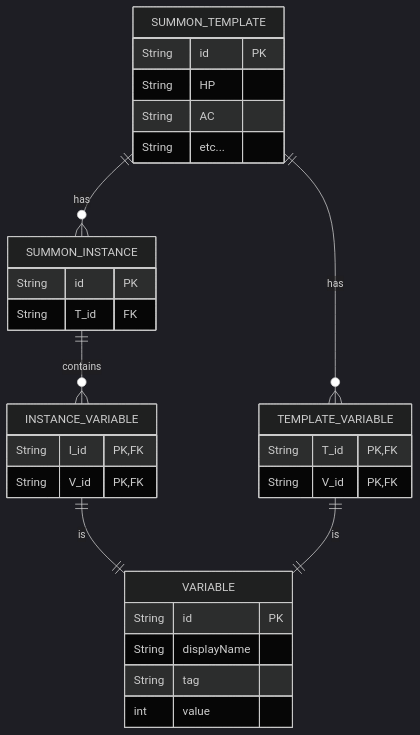
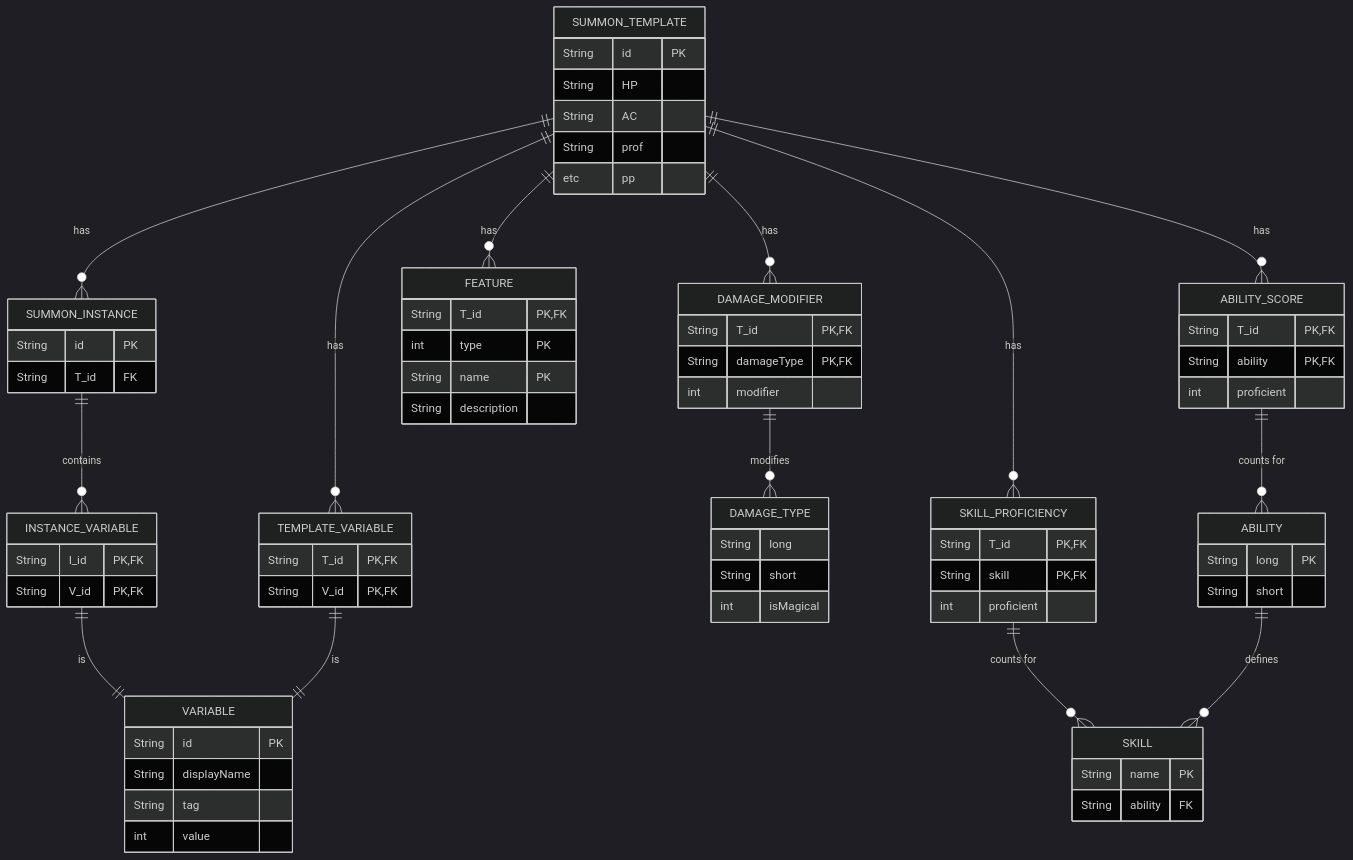
Before and after one commit to TheGreedyGoat/summon_tracker: the diagram in docs/mermaid/er_diagram.mmd, drawn with Mermaid (dark theme). The commit also changed 38 other files, not shown here.

```diff
--- a/docs/mermaid/er_diagram.mmd
+++ b/docs/mermaid/er_diagram.mmd
@@ -1,40 +1,87 @@
 erDiagram
 
     SUMMON_TEMPLATE{
         String id PK
         String HP
         String AC
-        String etc...
+        String prof
+        etc pp
+    }
 
-        
+    ABILITY{
+        String long PK
+        String short
+    }
+    ABILITY_SCORE{
+        String T_id PK, FK
+        String ability PK, FK
+        int proficient
+    }
+
+    SKILL{
+        String name PK
+        String ability FK
+    }
+    
+    SKILL_PROFICIENCY{
+        String T_id PK, FK
+        String skill PK, FK
+        int proficient
+    }
+
+    DAMAGE_TYPE{
+        String long
+        String short
+        int isMagical
+    }
+    DAMAGE_MODIFIER{
+        String T_id PK, FK
+        String damageType PK,FK
+        int modifier
+    }
+
+
+    FEATURE{
+        String T_id PK, FK
+        int type PK
+        String name PK
+        String description
     }
 
     SUMMON_INSTANCE{
         String id PK
         String T_id FK
     }
-
 
     INSTANCE_VARIABLE{
         String I_id PK,FK
         String V_id PK, FK
     }
 
 
     VARIABLE{
         String id PK
         String displayName
         String tag
         int value
     }
 
     TEMPLATE_VARIABLE{
         String T_id PK, FK
         String V_id PK, FK
 
     }
     SUMMON_TEMPLATE ||--o{ SUMMON_INSTANCE: has
     SUMMON_TEMPLATE ||--o{ TEMPLATE_VARIABLE: has
+    SUMMON_TEMPLATE ||--o{ SKILL_PROFICIENCY: has
+    SUMMON_TEMPLATE ||--o{ ABILITY_SCORE: has
+    SUMMON_TEMPLATE ||--o{ DAMAGE_MODIFIER: has
+    SUMMON_TEMPLATE ||--o{ FEATURE: has
+    ABILITY_SCORE ||--o{ ABILITY: "counts for"
+    SKILL_PROFICIENCY ||--o{ SKILL: "counts for"
+    ABILITY ||--o{ SKILL: "defines"
+    DAMAGE_MODIFIER ||--o{ DAMAGE_TYPE: modifies
+
     SUMMON_INSTANCE ||--o{ INSTANCE_VARIABLE: contains
     INSTANCE_VARIABLE ||--|| VARIABLE : is
     TEMPLATE_VARIABLE ||--|| VARIABLE : is
```
